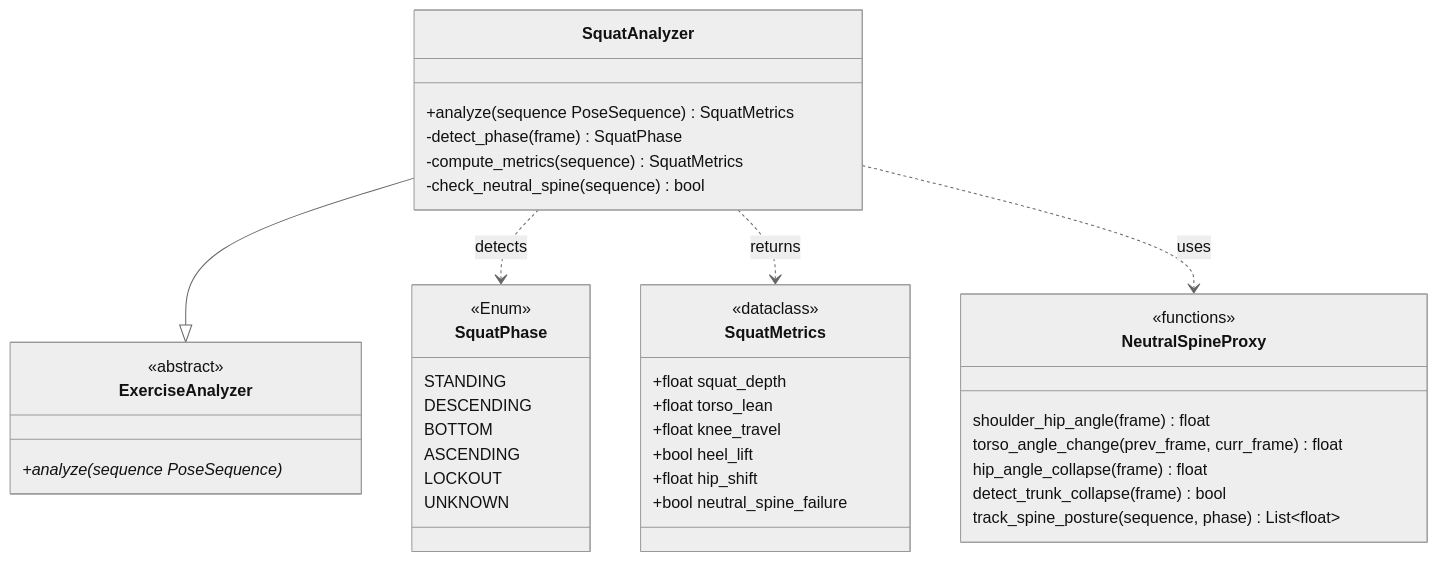
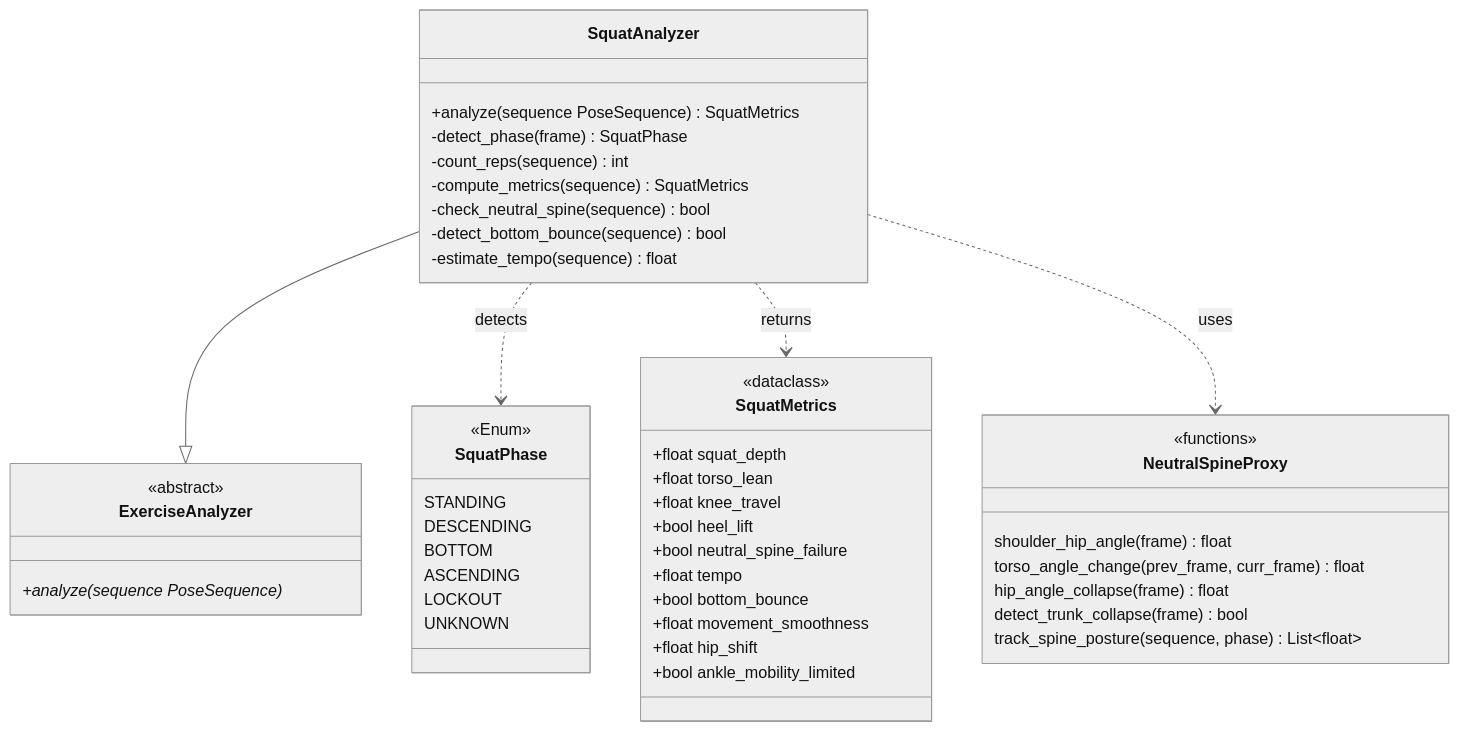
Before and after one commit to okregent/Injura: the second of 2 diagrams in docs/architecture/class-diagram.md, drawn with Mermaid (neutral theme). The commit also changed 3 other files, not shown here.

````diff
--- a/docs/architecture/class-diagram.md
+++ b/docs/architecture/class-diagram.md
@@ -172,53 +172,60 @@
 ```mermaid
 classDiagram
 
     %% ══════════════════════════════════════════
     %% LAYER 5 — Squat Analysis
     %% ══════════════════════════════════════════
 
     class SquatPhase {
         <<Enum>>
         STANDING
         DESCENDING
         BOTTOM
         ASCENDING
         LOCKOUT
         UNKNOWN
     }
 
     class SquatMetrics {
         <<dataclass>>
         +float squat_depth
         +float torso_lean
         +float knee_travel
         +bool heel_lift
+        +bool neutral_spine_failure
+        +float tempo
+        +bool bottom_bounce
+        +float movement_smoothness
         +float hip_shift
-        +bool neutral_spine_failure
+        +bool ankle_mobility_limited
     }
 
     class NeutralSpineProxy {
         <<functions>>
         shoulder_hip_angle(frame) float
         torso_angle_change(prev_frame, curr_frame) float
         hip_angle_collapse(frame) float
         detect_trunk_collapse(frame) bool
         track_spine_posture(sequence, phase) List~float~
     }
 
     class ExerciseAnalyzer {
         <<abstract>>
         +analyze(sequence PoseSequence)*
     }
 
     class SquatAnalyzer {
         +analyze(sequence PoseSequence) SquatMetrics
         -detect_phase(frame) SquatPhase
+        -count_reps(sequence) int
         -compute_metrics(sequence) SquatMetrics
         -check_neutral_spine(sequence) bool
+        -detect_bottom_bounce(sequence) bool
+        -estimate_tempo(sequence) float
     }
 
     SquatAnalyzer --|> ExerciseAnalyzer
     SquatAnalyzer ..> SquatPhase : detects
     SquatAnalyzer ..> SquatMetrics : returns
     SquatAnalyzer ..> NeutralSpineProxy : uses
 ```
````
